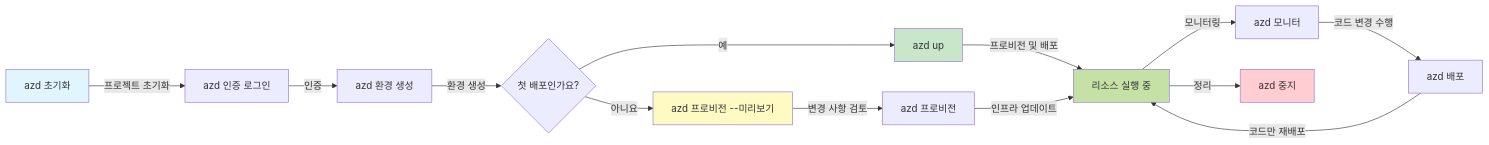
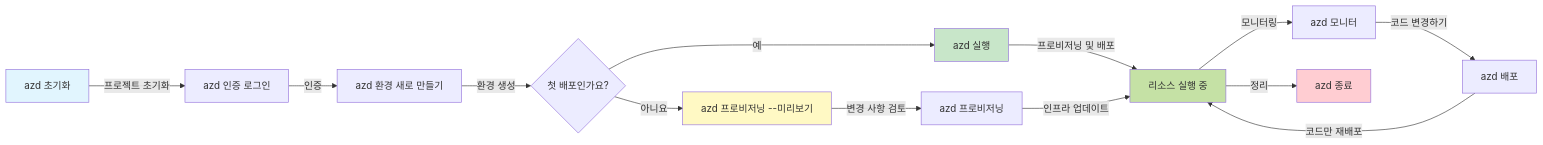
The first of 2 diagrams in translations/ko/docs/chapter-01-foundation/azd-basics.md (microsoft/AZD-for-beginners), drawn with Mermaid before and after one commit. The commit also changed other lines of this file and 104 other files, not shown here.

````diff
--- a/translations/ko/docs/chapter-01-foundation/azd-basics.md
+++ b/translations/ko/docs/chapter-01-foundation/azd-basics.md
@@ -269,21 +269,21 @@
 ```mermaid
 graph LR
     A[azd 초기화] -->|프로젝트 초기화| B[azd 인증 로그인]
-    B -->|인증| C[azd 환경 생성]
+    B -->|인증| C[azd 환경 새로 만들기]
     C -->|환경 생성| D{첫 배포인가요?}
-    D -->|예| E[azd up]
-    D -->|아니요| F[azd 프로비전 --미리보기]
-    F -->|변경 사항 검토| G[azd 프로비전]
-    E -->|프로비전 및 배포| H[리소스 실행 중]
+    D -->|예| E[azd 실행]
+    D -->|아니요| F[azd 프로비저닝 --미리보기]
+    F -->|변경 사항 검토| G[azd 프로비저닝]
+    E -->|프로비저닝 및 배포| H[리소스 실행 중]
     G -->|인프라 업데이트| H
     H -->|모니터링| I[azd 모니터]
-    I -->|코드 변경 수행| J[azd 배포]
+    I -->|코드 변경하기| J[azd 배포]
     J -->|코드만 재배포| H
-    H -->|정리| K[azd 중지]
+    H -->|정리| K[azd 종료]
     
     style A fill:#e1f5fe
     style E fill:#c8e6c9
     style F fill:#fff9c4
     style H fill:#c5e1a5
     style K fill:#ffcdd2
 ```
````
